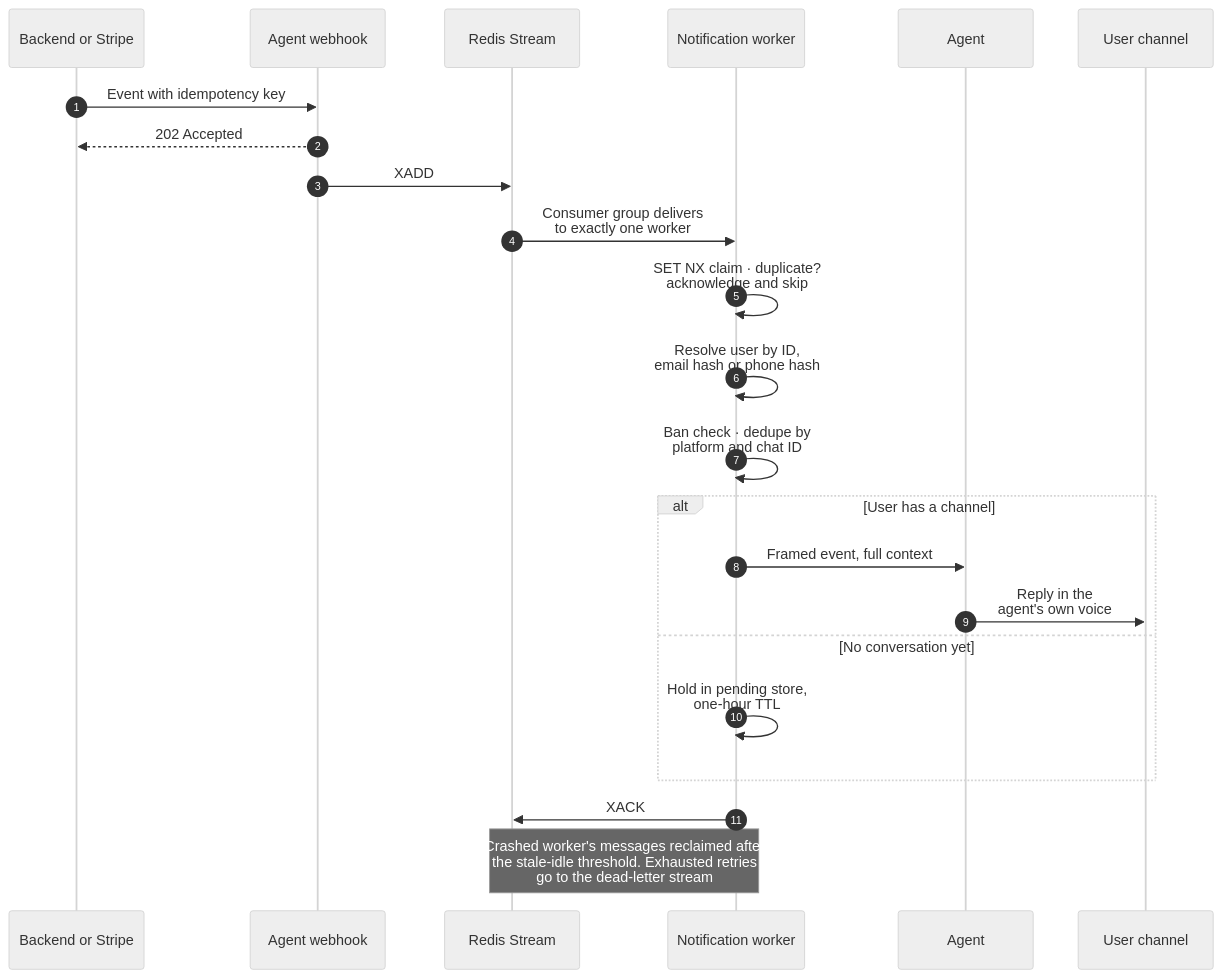
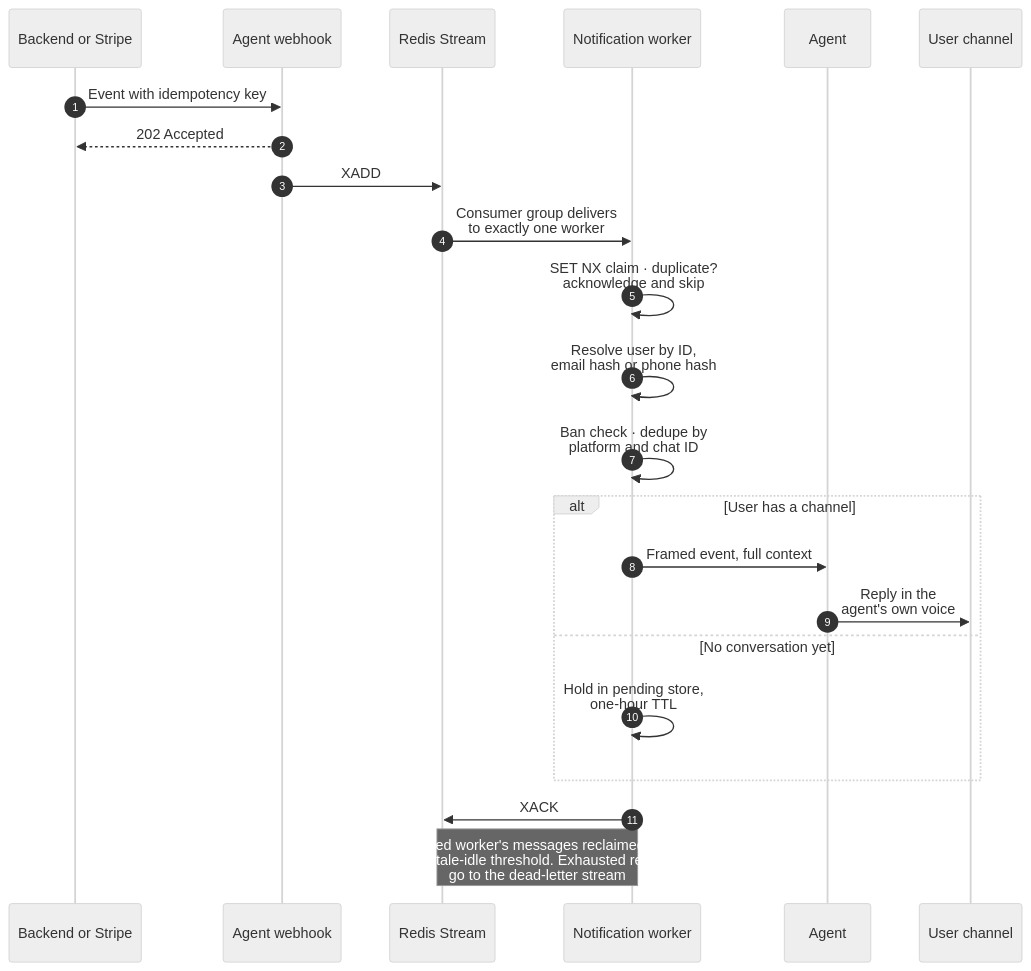
The second of 2 diagrams in docs/05-commerce.md (JoshPola96/enterprise-ai-agent-architecture-esim), drawn with Mermaid (neutral theme) before and after one commit. The commit also changed 5 other files, not shown here.

Commit message:
Lay out the chapter diagrams for phone screens

````diff
--- a/docs/05-commerce.md
+++ b/docs/05-commerce.md
@@ -84,26 +84,27 @@
 ```mermaid
+%%{init: {"sequence": {"actorMargin": 12, "width": 96, "messageMargin": 28, "noteMargin": 6}}}%%
 sequenceDiagram
     autonumber
     participant BE as Backend or Stripe
     participant WH as Agent webhook
     participant RS as Redis Stream
     participant W as Notification worker
     participant AG as Agent
     participant U as User channel
 
     BE->>WH: Event with idempotency key
     WH-->>BE: 202 Accepted
     WH->>RS: XADD
     RS->>W: Consumer group delivers<br/>to exactly one worker
     W->>W: SET NX claim · duplicate?<br/>acknowledge and skip
     W->>W: Resolve user by ID,<br/>email hash or phone hash
     W->>W: Ban check · dedupe by<br/>platform and chat ID
     alt User has a channel
         W->>AG: Framed event, full context
         AG->>U: Reply in the<br/>agent's own voice
     else No conversation yet
         W->>W: Hold in pending store,<br/>one-hour TTL
     end
     W->>RS: XACK
     Note over W,RS: Crashed worker's messages reclaimed after<br/>the stale-idle threshold. Exhausted retries<br/>go to the dead-letter stream
 ```
````
